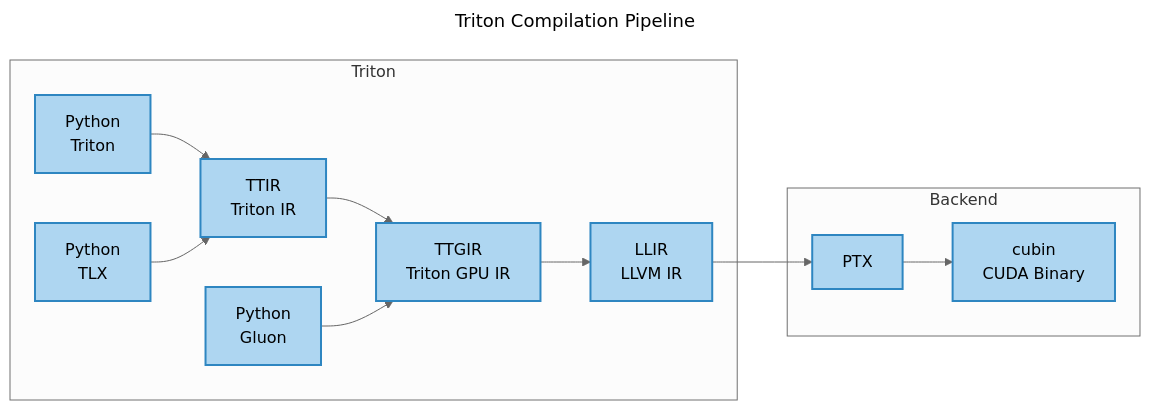
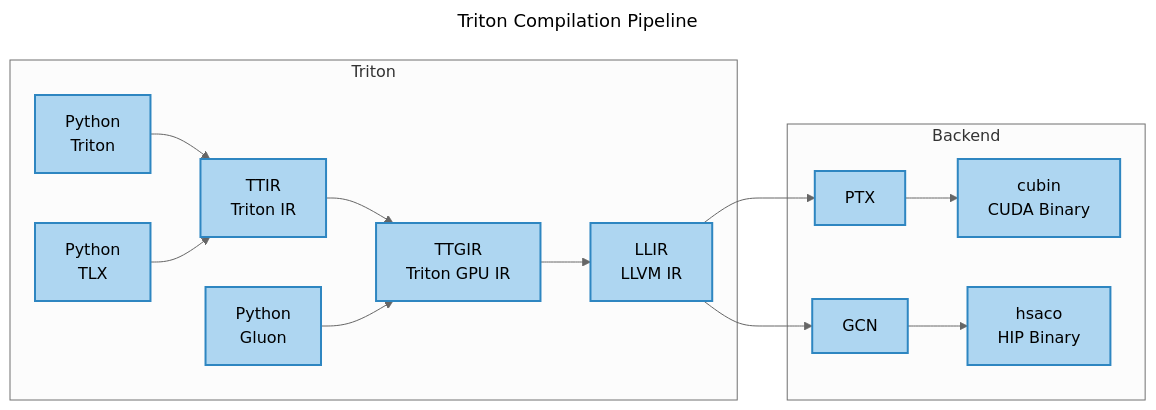
The first of 2 diagrams in README.md (toyaix/triton-runner), drawn with Mermaid (neutral theme) before and after one commit. The commit also changed other lines of this file and 5 other files, not shown here.

````diff
--- a/README.md
+++ b/README.md
@@ -55,23 +59,25 @@
 ```mermaid
 ---
 title: Triton Compilation Pipeline
 ---
 flowchart LR
 
     subgraph Triton
         A["Python<br>Triton"]:::supported --> B["TTIR<br>Triton IR"]:::supported
         B --> C["TTGIR<br>Triton GPU IR"]:::supported
         C --> D["LLIR<br>LLVM IR"]:::supported
 
         Gluon["Python<br>Gluon"]:::supported --> C
         TLX["Python<br>TLX"]:::supported --> B
     end
 
     subgraph Backend
         D --> E["PTX"]:::supported
+        D --> G["GCN"]:::supported
         E --> F["cubin<br>CUDA Binary"]:::supported
+        G --> H["hsaco<br>HIP Binary"]:::supported
     end
 
     classDef supported fill:#AED6F1,stroke:#2E86C1,stroke-width:2px,color:#000000;
     classDef unsupported fill:#F5B7B1,stroke:#C0392B,stroke-width:2px,color:#000000;
 ```
````
